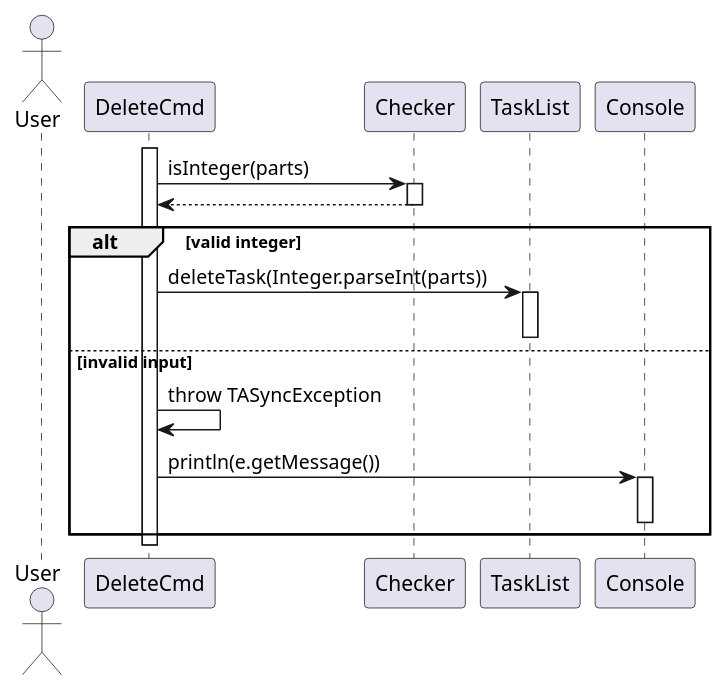
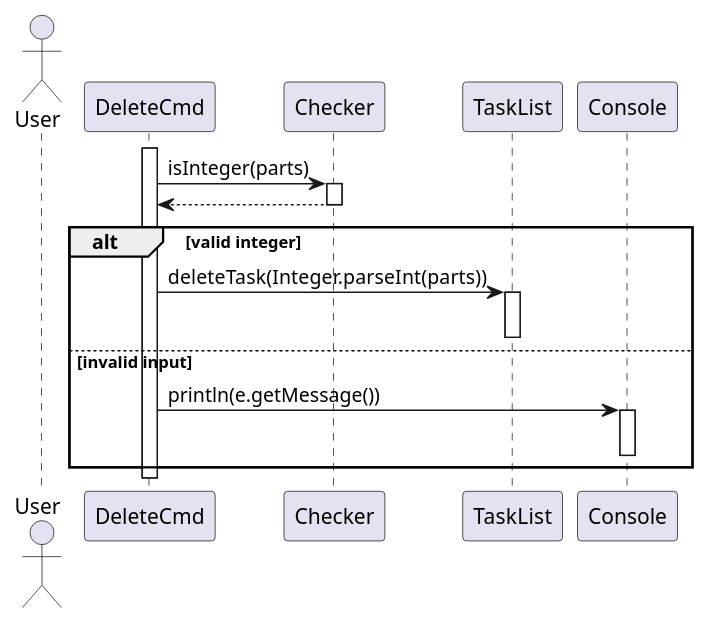
Before and after one commit to wongyihao02/tp: the diagram in docs/diagrams/tasklistcommands/DeleteTaskCommandSequenceDiagram.puml, drawn with PlantUML. The commit also changed 17 other files, not shown here.

Commit message:
Edit errors in task commands sequence diagrams

```diff
--- a/docs/diagrams/tasklistcommands/DeleteTaskCommandSequenceDiagram.puml
+++ b/docs/diagrams/tasklistcommands/DeleteTaskCommandSequenceDiagram.puml
@@ -1,24 +1,23 @@
 @startuml
 'https://plantuml.com/sequence-diagram
 
 actor User
 activate DeleteCmd
 
 DeleteCmd -> Checker : isInteger(parts)
 activate Checker
 Checker --> DeleteCmd
 deactivate Checker
 
 alt valid integer
     DeleteCmd -> TaskList : deleteTask(Integer.parseInt(parts))
     activate TaskList
     deactivate TaskList
 else invalid input
-    DeleteCmd -> DeleteCmd : throw TASyncException
     DeleteCmd -> Console : println(e.getMessage())
     activate Console
     deactivate Console
 end
 
 deactivate DeleteCmd
 @enduml
```
